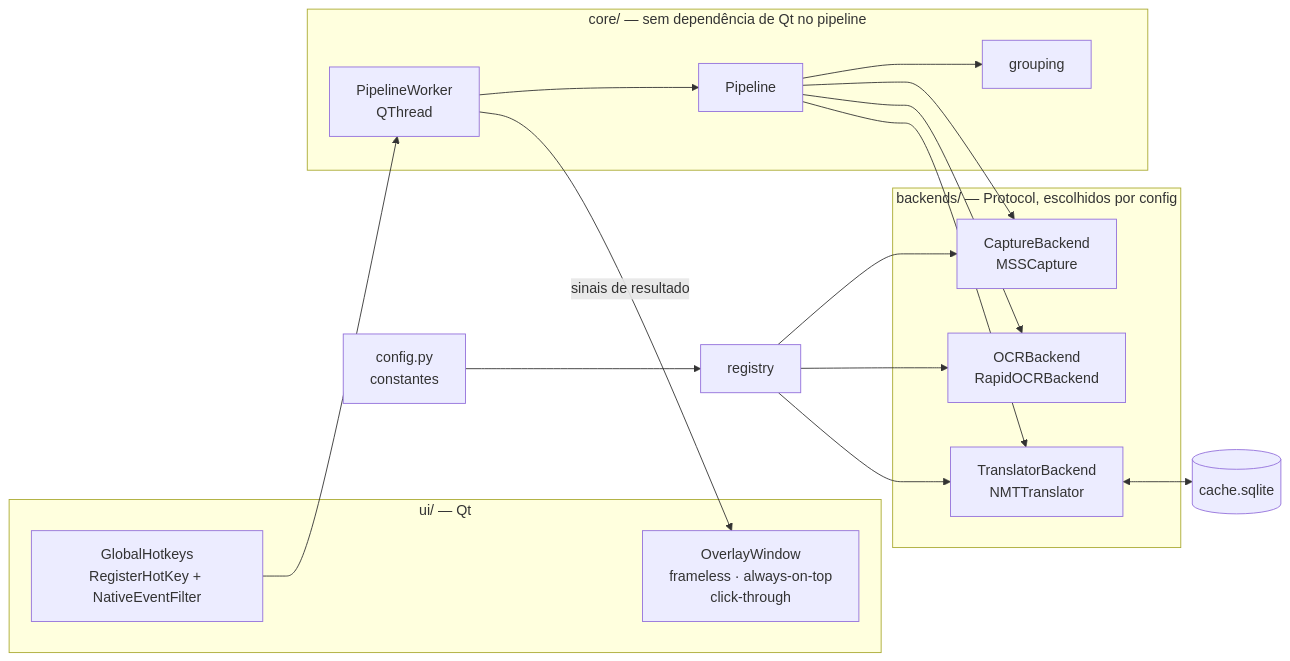
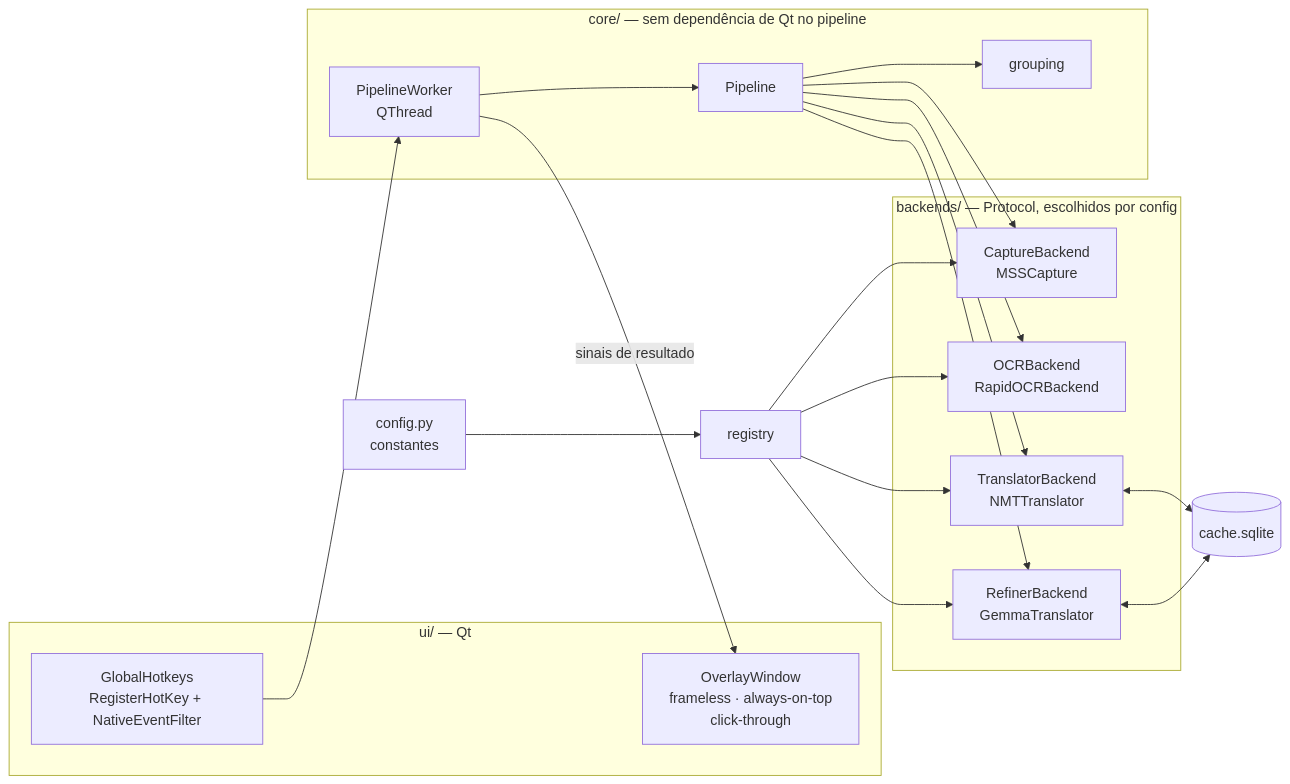
Before and after one commit to LiloMarino/TranslatorOCR: the second of 2 diagrams in README.md, drawn with Mermaid. The commit also changed other lines of this file and 21 other files, not shown here.

````diff
--- a/README.md
+++ b/README.md
@@ -168,36 +168,40 @@
 ```mermaid
 flowchart LR
     subgraph ui["ui/ — Qt"]
         HOT["GlobalHotkeys<br/>RegisterHotKey + NativeEventFilter"]
         OVL["OverlayWindow<br/>frameless · always-on-top<br/>click-through"]
     end
 
     subgraph core["core/ — sem dependência de Qt no pipeline"]
         PIPE["Pipeline"]
         GRP["grouping"]
         WRK["PipelineWorker<br/>QThread"]
     end
 
     subgraph be["backends/ — Protocol, escolhidos por config"]
         B1["CaptureBackend<br/>MSSCapture"]
         B3["OCRBackend<br/>RapidOCRBackend"]
         B4["TranslatorBackend<br/>NMTTranslator"]
+        B5["RefinerBackend<br/>GemmaTranslator"]
     end
 
     DB[("cache.sqlite")]
     CFG["config.py<br/>constantes"]
     REG["registry"]
 
     HOT --> WRK
     WRK --> PIPE
     PIPE --> GRP
     PIPE --> B1
     PIPE --> B3
     PIPE --> B4
+    PIPE --> B5
     B4 <--> DB
+    B5 <--> DB
     CFG --> REG
     REG --> B1
     REG --> B3
     REG --> B4
+    REG --> B5
     WRK -->|"sinais de resultado"| OVL
 ```
````
